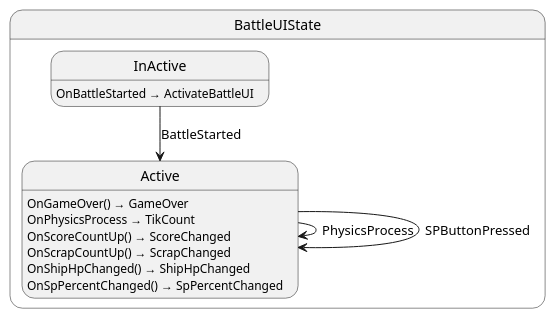
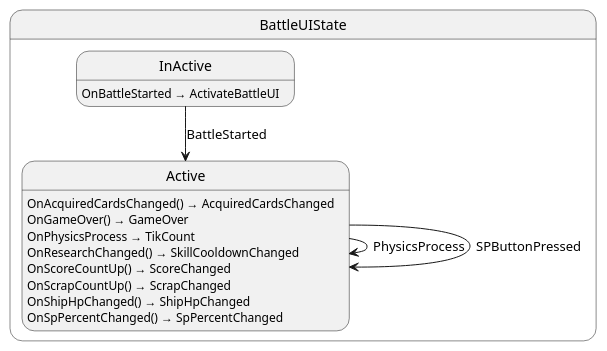
Before and after one commit to Ygoat/EternalJourney: the diagram in src/battle_ui/state/BattleUILogic.g.puml, drawn with PlantUML. The commit also changed 55 other files, not shown here.

```diff
--- a/src/battle_ui/state/BattleUILogic.g.puml
+++ b/src/battle_ui/state/BattleUILogic.g.puml
@@ -1,18 +1,20 @@
 @startuml BattleUIState
 state "BattleUIState" as EternalJourney_BattleUI_State_BattleUIState {
   state "Active" as EternalJourney_BattleUI_State_BattleUIState_Active
   state "InActive" as EternalJourney_BattleUI_State_BattleUIState_InActive
 }
 
 EternalJourney_BattleUI_State_BattleUIState_Active --> EternalJourney_BattleUI_State_BattleUIState_Active : PhysicsProcess
 EternalJourney_BattleUI_State_BattleUIState_Active --> EternalJourney_BattleUI_State_BattleUIState_Active : SPButtonPressed
 EternalJourney_BattleUI_State_BattleUIState_InActive --> EternalJourney_BattleUI_State_BattleUIState_Active : BattleStarted
 
+EternalJourney_BattleUI_State_BattleUIState_Active : OnAcquiredCardsChanged() → AcquiredCardsChanged
 EternalJourney_BattleUI_State_BattleUIState_Active : OnGameOver() → GameOver
 EternalJourney_BattleUI_State_BattleUIState_Active : OnPhysicsProcess → TikCount
+EternalJourney_BattleUI_State_BattleUIState_Active : OnResearchChanged() → SkillCooldownChanged
 EternalJourney_BattleUI_State_BattleUIState_Active : OnScoreCountUp() → ScoreChanged
 EternalJourney_BattleUI_State_BattleUIState_Active : OnScrapCountUp() → ScrapChanged
 EternalJourney_BattleUI_State_BattleUIState_Active : OnShipHpChanged() → ShipHpChanged
 EternalJourney_BattleUI_State_BattleUIState_Active : OnSpPercentChanged() → SpPercentChanged
 EternalJourney_BattleUI_State_BattleUIState_InActive : OnBattleStarted → ActivateBattleUI
 @enduml
```
